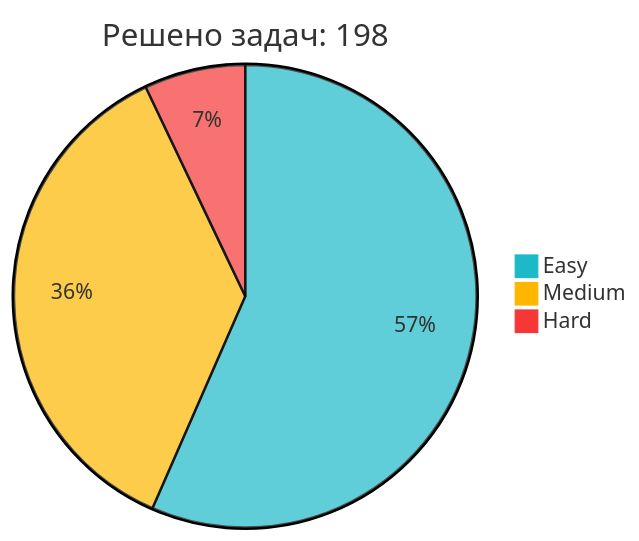
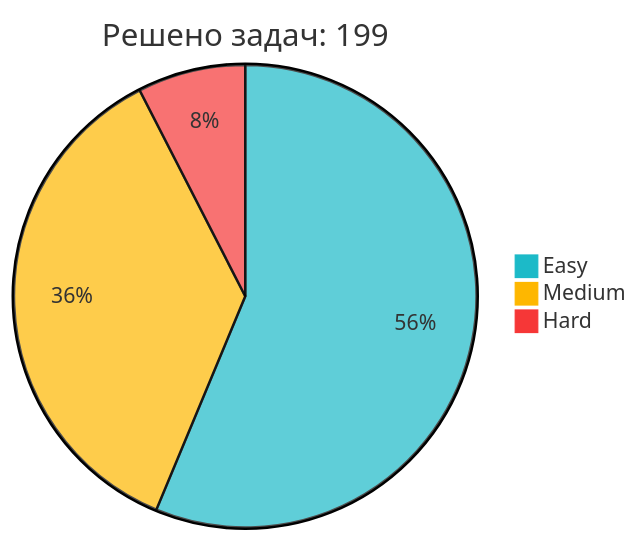
One commit to IliaKurdukov/IliaKurdukov changed the diagram in README.md. Above: the diagram before and after it, drawn with Mermaid. The commit also changed other lines of this file, not shown here.

Commit message:
📈 Обновление статистики LeetCode

````diff
--- a/README.md
+++ b/README.md
@@ -51,7 +51,7 @@
 ```mermaid
 %%{init: {'theme': 'base', 'themeVariables': { 'pie1': '#1CBAC8', 'pie2': '#FEB700', 'pie3': '#F63737' }, 'config': {'width': 300, 'height': 200}}}%%
-pie title Решено задач: 198
+pie title Решено задач: 199
    "Easy" : 112
    "Medium" : 72
-   "Hard" : 14
+   "Hard" : 15
 ```
````
